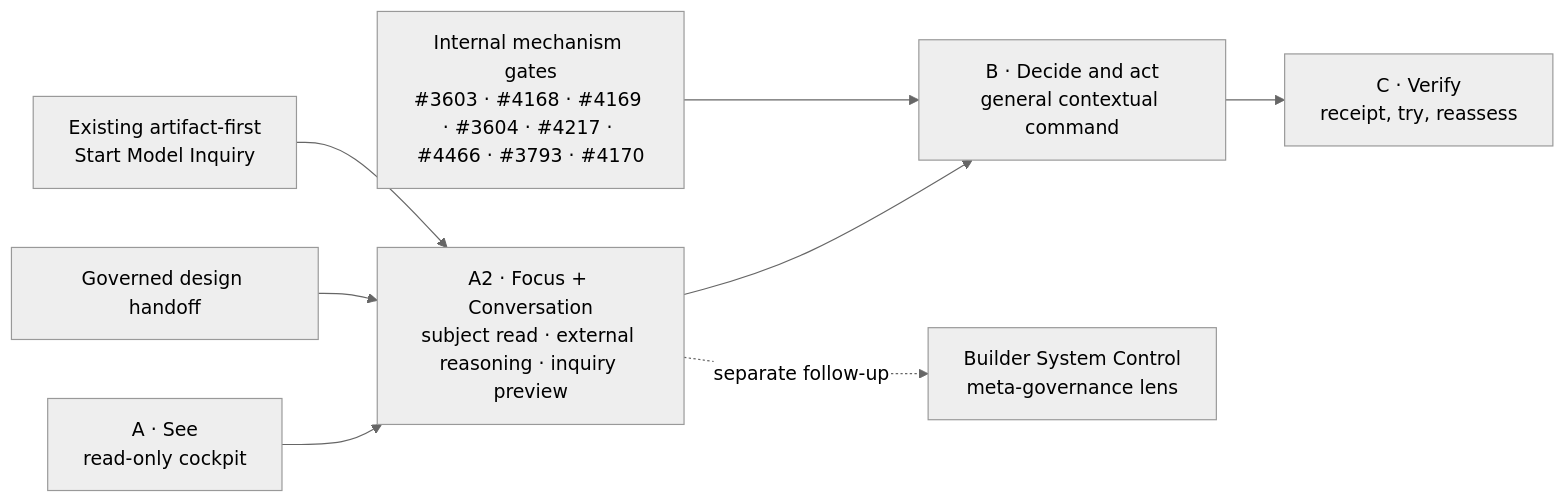
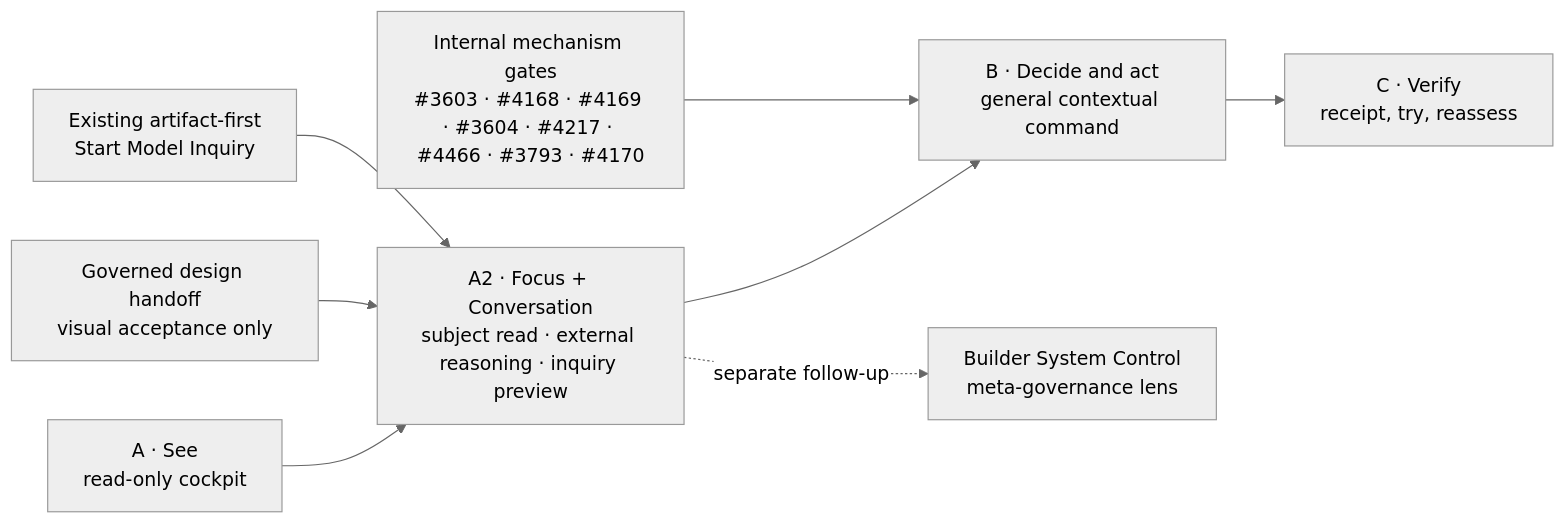
Before and after one commit to RasmusTho/agentic-pkm-mvp: the diagram in docs/plans/DEVUI_IMPLEMENTATION.md, drawn with Mermaid (neutral theme). The commit also changed other lines of this file and 6 other files, not shown here.

````diff
--- a/docs/plans/DEVUI_IMPLEMENTATION.md
+++ b/docs/plans/DEVUI_IMPLEMENTATION.md
@@ -201,10 +202,10 @@
 ```mermaid
 flowchart LR
   A["A · See<br/>read-only cockpit"] --> A2["A2 · Focus + Conversation<br/>subject read · external reasoning · inquiry preview"]
   A2 --> B["B · Decide and act<br/>general contextual command"]
   B --> C["C · Verify<br/>receipt, try, reassess"]
-  D["Governed design handoff"] --> A2
+  D["Governed design handoff<br/>visual acceptance only"] --> A2
   I["Existing artifact-first<br/>Start Model Inquiry"] --> A2
   A2 -. separate follow-up .-> S["Builder System Control<br/>meta-governance lens"]
   M["Internal mechanism gates<br/>#3603 · #4168 · #4169 · #3604 · #4217 · #4466 · #3793 · #4170"] --> B
 ```
````
